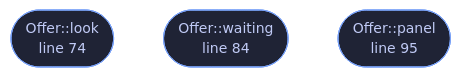
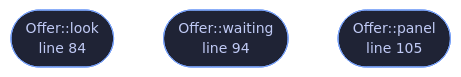
One commit to tilas01/veilvoice changed the diagram in wiki/File-veilvoice-gui-crashreport.md. Above: the diagram before and after it, drawn with Mermaid. The commit also changed other lines of this file and 22 other files, not shown here.

````diff
--- a/wiki/File-veilvoice-gui-crashreport.md
+++ b/wiki/File-veilvoice-gui-crashreport.md
@@ -82,12 +92,12 @@
 ```mermaid
 %%{init: {"theme":"base","themeVariables":{"background":"#1a1b26","primaryColor":"#1f2335","primaryTextColor":"#c0caf5","primaryBorderColor":"#7aa2f7","secondaryColor":"#16161e","tertiaryColor":"#16161e","lineColor":"#737aa2","textColor":"#c0caf5","mainBkg":"#1f2335","nodeBorder":"#7aa2f7","clusterBkg":"#16161e","clusterBorder":"#2f3549","fontFamily":"ui-monospace, SFMono-Regular, Consolas, monospace","fontSize":"14px"}}}%%
 flowchart TD
-    n_look(["Offer::look<br/>line 74"])
-    n_waiting(["Offer::waiting<br/>line 84"])
-    n_panel(["Offer::panel<br/>line 95"])
-    click n_look href "https://github.com/tilas01/veilvoice/blob/main/crates/veilvoice-gui/src/crashreport.rs#L74" "open the source"
-    click n_waiting href "https://github.com/tilas01/veilvoice/blob/main/crates/veilvoice-gui/src/crashreport.rs#L84" "open the source"
-    click n_panel href "https://github.com/tilas01/veilvoice/blob/main/crates/veilvoice-gui/src/crashreport.rs#L95" "open the source"
+    n_look(["Offer::look<br/>line 84"])
+    n_waiting(["Offer::waiting<br/>line 94"])
+    n_panel(["Offer::panel<br/>line 105"])
+    click n_look href "https://github.com/tilas01/veilvoice/blob/main/crates/veilvoice-gui/src/crashreport.rs#L84" "open the source"
+    click n_waiting href "https://github.com/tilas01/veilvoice/blob/main/crates/veilvoice-gui/src/crashreport.rs#L94" "open the source"
+    click n_panel href "https://github.com/tilas01/veilvoice/blob/main/crates/veilvoice-gui/src/crashreport.rs#L105" "open the source"
     classDef entry fill:#1f2335,stroke:#7aa2f7,color:#c0caf5
     class n_look,n_waiting,n_panel entry
 ```
````
